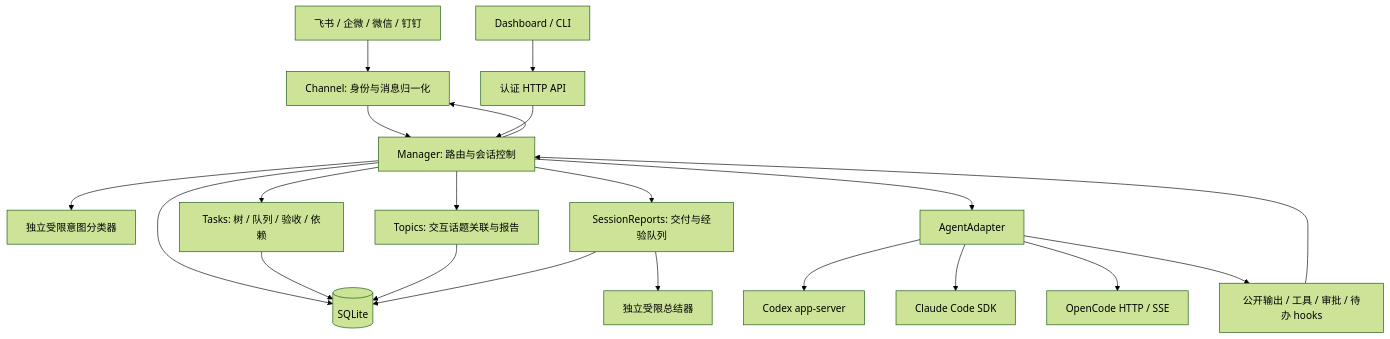
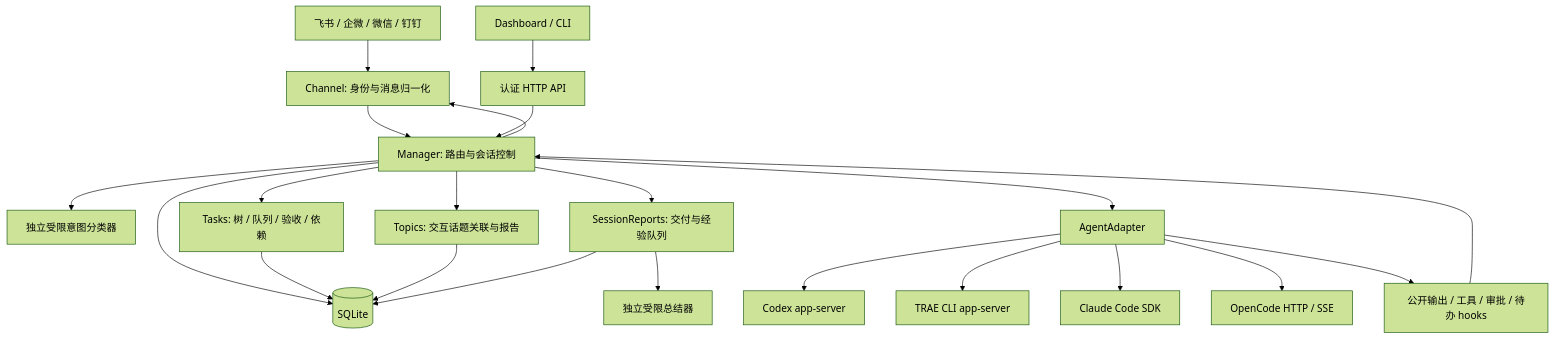
One commit to dujl/tab-ai changed the diagram in docs/architecture.md. Above: the diagram before and after it, drawn with Mermaid (forest theme). The commit also changed other lines of this file and 72 other files, not shown here.

First line of the commit message:
feat(agents): integrate TRAE CLI through native app-server (#8)

````diff
--- a/docs/architecture.md
+++ b/docs/architecture.md
@@ -7,23 +7,24 @@
 ```mermaid
 flowchart TD
   IM[飞书 / 企微 / 微信 / 钉钉] --> CH[Channel: 身份与消息归一化]
   CH --> M[Manager: 路由与会话控制]
   WEB[Dashboard / CLI] --> API[认证 HTTP API]
   API --> M
   M --> R[独立受限意图分类器]
   M --> T[Tasks: 树 / 队列 / 验收 / 依赖]
   M --> TOP[Topics: 交互话题关联与报告]
   M --> REP[SessionReports: 交付与经验队列]
   REP --> SUM[独立受限总结器]
   M --> AD[AgentAdapter]
   AD --> C[Codex app-server]
+  AD --> TC[TRAE CLI app-server]
   AD --> A[Claude Code SDK]
   AD --> O[OpenCode HTTP / SSE]
   AD --> H[公开输出 / 工具 / 审批 / 待办 hooks]
   H --> M
   M --> CH
   M --> DB[(SQLite)]
   T --> DB
   TOP --> DB
   REP --> DB
 ```
````
